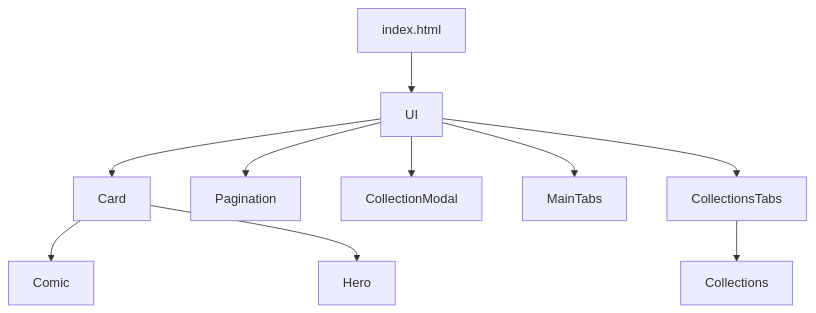
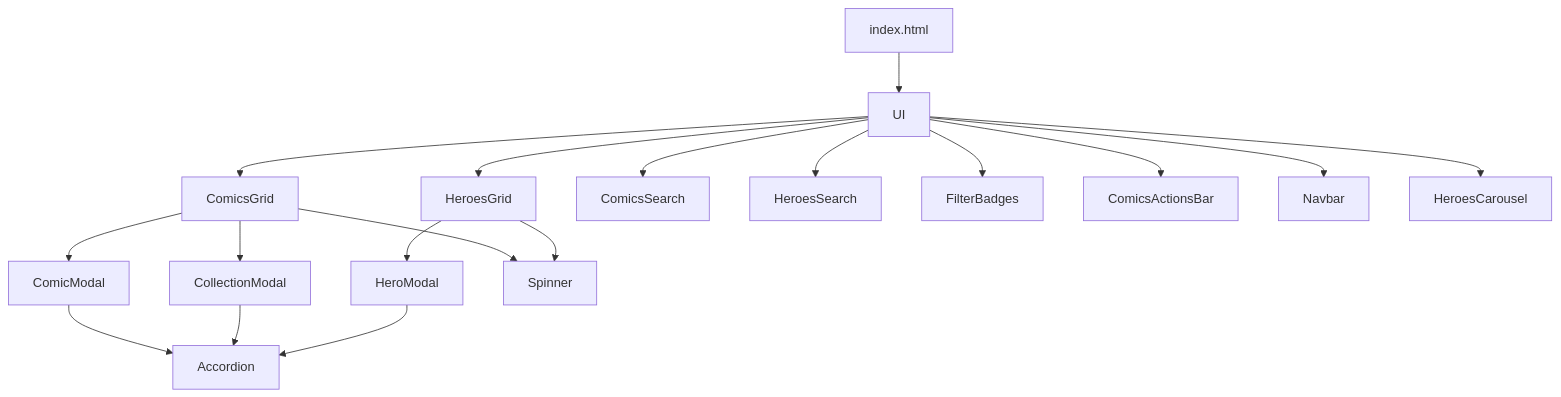
The third of 4 diagrams in README.md (LuisEUM/programaci-n-web-UOC), drawn with Mermaid before and after one commit. The commit also changed other lines of this file and 49 other files, not shown here.

````diff
--- a/README.md
+++ b/README.md
@@ -65,12 +135,17 @@
 ```mermaid
 graph TB
 A[index.html] --> B[UI]
-B --> C[Card]
-B --> D[Pagination]
-B --> E[CollectionModal]
-B --> F[MainTabs]
-B --> G[CollectionsTabs]
-C --> H[Comic]
-C --> I[Hero]
-G --> J[Collections]
+B --> C[ComicsGrid]
+B --> D[HeroesGrid]
+B --> E[ComicsSearch]
+B --> F[HeroesSearch]
+B --> G[FilterBadges]
+B --> H[ComicsActionsBar]
+B --> I[Navbar]
+B --> J[HeroesCarousel]
+C --> K[ComicModal]
+C --> L[CollectionModal]
+D --> M[HeroModal]
+C & D --> N[Spinner]
+K & L & M --> O[Accordion]
 ```
````
